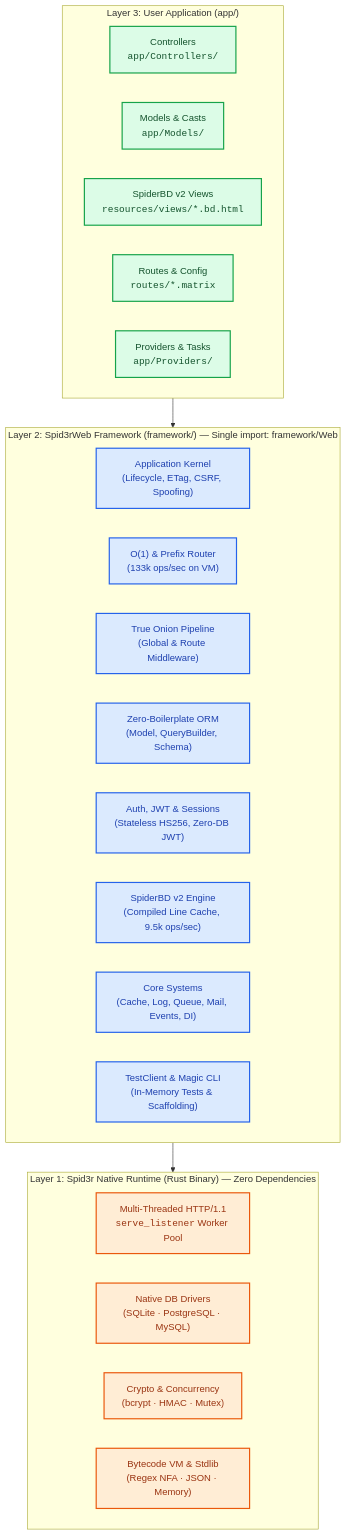
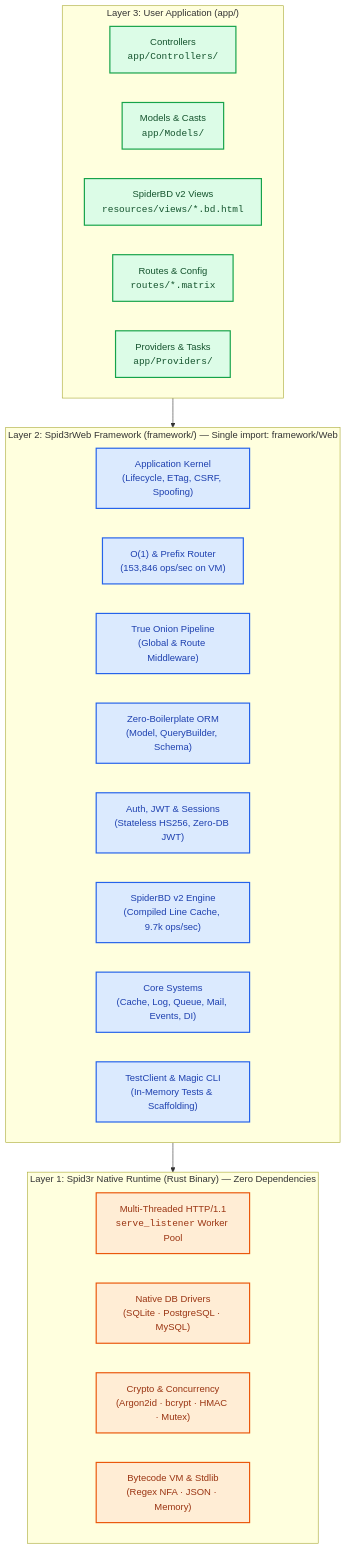
The diagram in docs/diagrams/architecture-overview.mmd (needyamin/spid3r_web), drawn with Mermaid before and after one commit. The commit also changed 171 other files, not shown here.

Commit message:
Phases 0-7: safety, hygiene, modern syntax, structure, runtime hardening, release tooling, DX, polish; refresh developer docs and diagrams

```diff
--- a/docs/diagrams/architecture-overview.mmd
+++ b/docs/diagrams/architecture-overview.mmd
@@ -1,34 +1,34 @@
 graph TD
     classDef runtime fill:#ffedd5,stroke:#ea580c,stroke-width:2px,color:#9a3412;
     classDef framework fill:#dbeafe,stroke:#2563eb,stroke-width:2px,color:#1e40af;
     classDef app fill:#dcfce7,stroke:#16a34a,stroke-width:2px,color:#14532d;
     classDef core fill:#ffffff,stroke:#3b82f6,stroke-width:1.5px,color:#0f172a;
 
     subgraph AppLayer ["Layer 3: User Application (app/)"]
         Controllers["Controllers<br/><code>app/Controllers/</code>"]:::app
         Models["Models & Casts<br/><code>app/Models/</code>"]:::app
         Views["SpiderBD v2 Views<br/><code>resources/views/*.bd.html</code>"]:::app
         Routes["Routes & Config<br/><code>routes/*.matrix</code>"]:::app
         Providers["Providers & Tasks<br/><code>app/Providers/</code>"]:::app
     end
 
     subgraph FrameworkLayer ["Layer 2: Spid3rWeb Framework (framework/) — Single import: framework/Web"]
         Kernel["Application Kernel<br/>(Lifecycle, ETag, CSRF, Spoofing)"]:::framework
-        Router["O(1) & Prefix Router<br/>(133k ops/sec on VM)"]:::framework
+        Router["O(1) & Prefix Router<br/>(153,846 ops/sec on VM)"]:::framework
         Pipeline["True Onion Pipeline<br/>(Global & Route Middleware)"]:::framework
         ORM["Zero-Boilerplate ORM<br/>(Model, QueryBuilder, Schema)"]:::framework
         AuthSys["Auth, JWT & Sessions<br/>(Stateless HS256, Zero-DB JWT)"]:::framework
-        ViewEngine["SpiderBD v2 Engine<br/>(Compiled Line Cache, 9.5k ops/sec)"]:::framework
+        ViewEngine["SpiderBD v2 Engine<br/>(Compiled Line Cache, 9.7k ops/sec)"]:::framework
         Services["Core Systems<br/>(Cache, Log, Queue, Mail, Events, DI)"]:::framework
         Testing["TestClient & Magic CLI<br/>(In-Memory Tests & Scaffolding)"]:::framework
     end
 
     subgraph RuntimeLayer ["Layer 1: Spid3r Native Runtime (Rust Binary) — Zero Dependencies"]
         HttpServer["Multi-Threaded HTTP/1.1<br/><code>serve_listener</code> Worker Pool"]:::runtime
         DbDrivers["Native DB Drivers<br/>(SQLite · PostgreSQL · MySQL)"]:::runtime
-        CryptoMutex["Crypto & Concurrency<br/>(bcrypt · HMAC · Mutex)"]:::runtime
+        CryptoMutex["Crypto & Concurrency<br/>(Argon2id · bcrypt · HMAC · Mutex)"]:::runtime
         VM["Bytecode VM & Stdlib<br/>(Regex NFA · JSON · Memory)"]:::runtime
     end
 
     AppLayer --> FrameworkLayer
     FrameworkLayer --> RuntimeLayer
```
